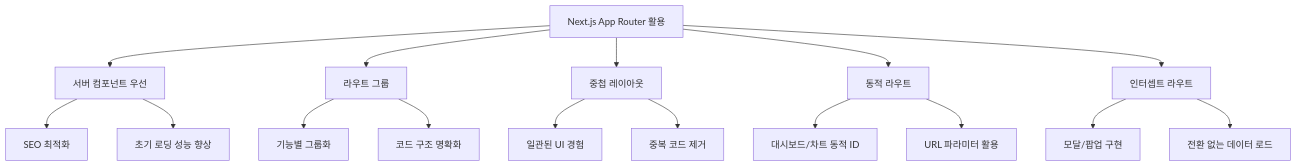
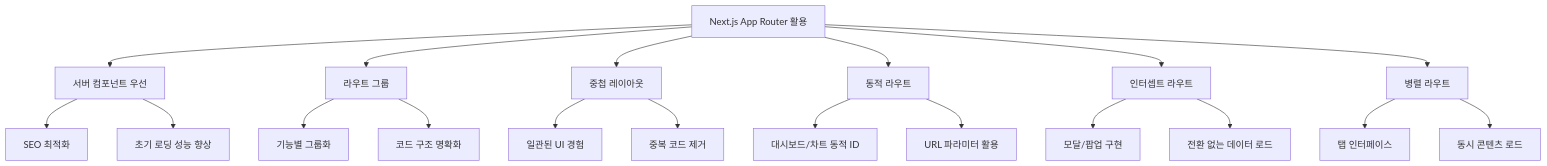
The first of 5 diagrams in frontend/routing.md (Seungwoo321/etorch-docs), drawn with Mermaid before and after one commit. The commit also changed other lines of this file and 2 other files, not shown here.

````diff
--- a/frontend/routing.md
+++ b/frontend/routing.md
@@ -11,23 +11,27 @@
 ```mermaid
 flowchart TD
     A[Next.js App Router 활용] --> B[서버 컴포넌트 우선]
     A --> C[라우트 그룹]
     A --> D[중첩 레이아웃]
     A --> E[동적 라우트]
     A --> F[인터셉트 라우트]
+    A --> G[병렬 라우트]
     
     B --> B1[SEO 최적화]
     B --> B2[초기 로딩 성능 향상]
     
     C --> C1[기능별 그룹화]
     C --> C2[코드 구조 명확화]
     
     D --> D1[일관된 UI 경험]
     D --> D2[중복 코드 제거]
     
     E --> E1[대시보드/차트 동적 ID]
     E --> E2[URL 파라미터 활용]
     
     F --> F1[모달/팝업 구현]
     F --> F2[전환 없는 데이터 로드]
+    
+    G --> G1[탭 인터페이스]
+    G --> G2[동시 콘텐츠 로드]
 ```
````
